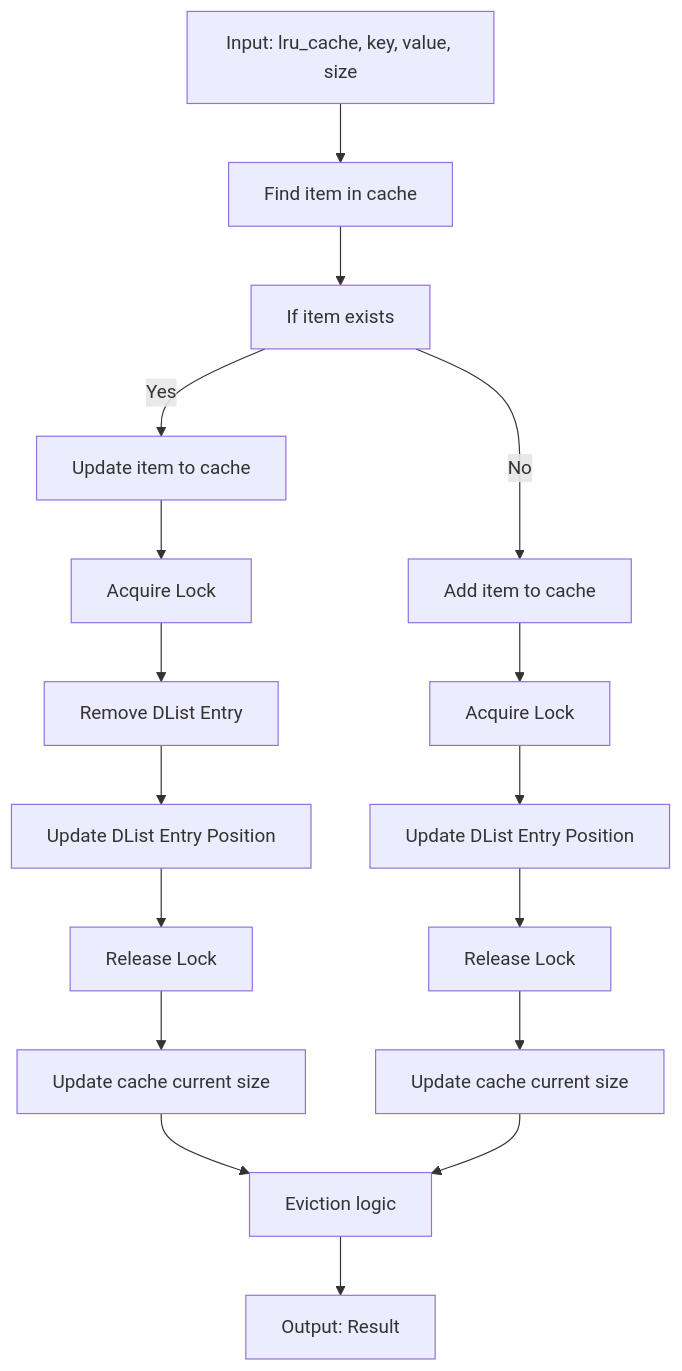
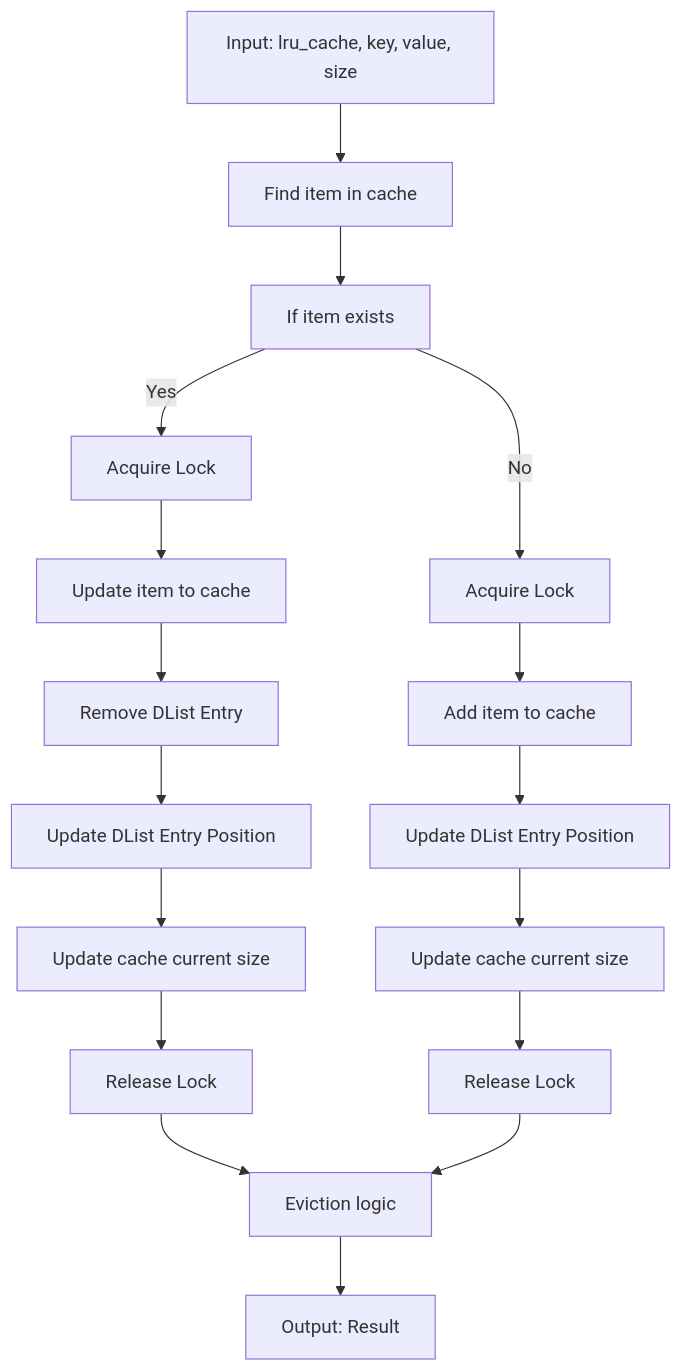
Before and after one commit to Azure/clds: the first of 3 diagrams in devdoc/lru_cache_design.md, drawn with Mermaid. The commit also changed other lines of this file and 5 other files, not shown here.

````diff
--- a/devdoc/lru_cache_design.md
+++ b/devdoc/lru_cache_design.md
@@ -48,37 +51,37 @@
 ```mermaid
 graph TD
     A[Input: lru_cache, key, value, size]
     B[Find item in cache]
     C[If item exists]
-    E[Add item to cache]
-    F[Acquire Lock]
+    E[Acquire Lock]
+    F[Add item to cache]
     G[Update DList Entry Position]
-    H[Update cache current size]
-    I[Release Lock]
-    J[Update item to cache]
-    K[Acquire Lock]
+    H[Release Lock]
+    I[Update cache current size]
+    J[Acquire Lock]
+    K[Update item to cache]
     L[Remove DList Entry]
     M[Update DList Entry Position]
-    P[Release Lock]
-    N[Update cache current size]
+    P[Update cache current size]
+    N[Release Lock]
     O[Eviction logic]
     Z[Output: Result]
 
     A --> B
     B --> C
     C -->|Yes| J
     C -->|No| E
     E --> F
     F --> G
     G --> I
     I --> H
     J --> K
     K --> L
     L --> M
     M --> P
     P --> N
     N --> O
     H --> O
     O --> Z
 
 ```
````
